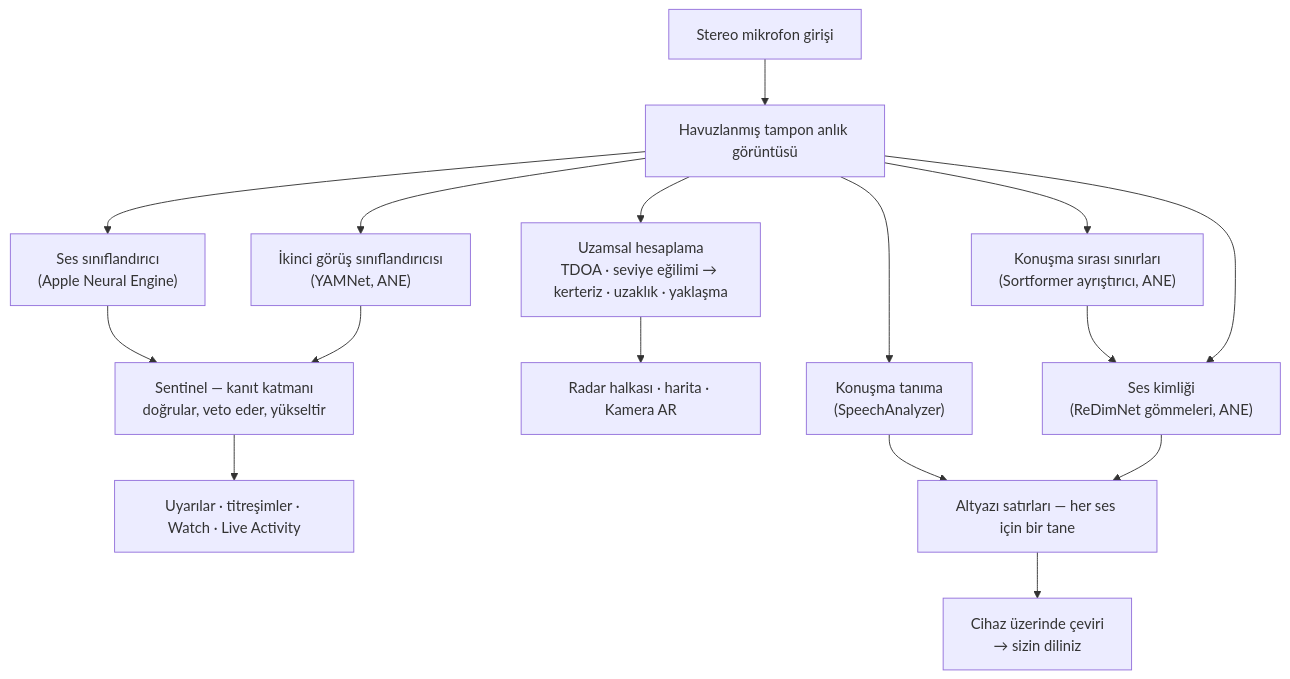
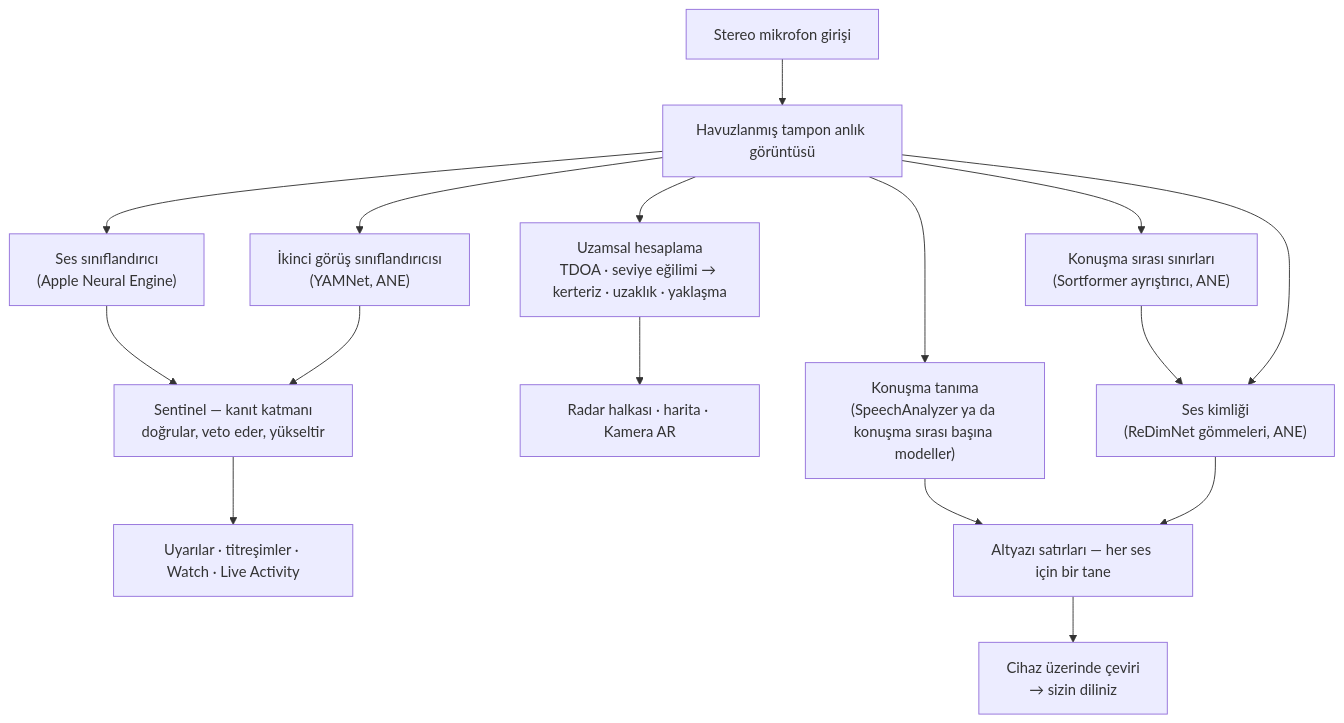
The second of 4 diagrams in README_tr.md (rpalm01-star/VigilantEarLegal), drawn with Mermaid before and after one commit. The commit also changed other lines of this file and 14 other files, not shown here.

````diff
--- a/README_tr.md
+++ b/README_tr.md
@@ -134,18 +145,18 @@
 ```mermaid
 graph TD
     A["Stereo mikrofon girişi"] --> B["Havuzlanmış tampon anlık görüntüsü"]
     B --> C["Ses sınıflandırıcı<br/>(Apple Neural Engine)"]
     B --> Y["İkinci görüş sınıflandırıcısı<br/>(YAMNet, ANE)"]
     C --> S["Sentinel — kanıt katmanı<br/>doğrular, veto eder, yükseltir"]
     Y --> S
     S --> H["Uyarılar · titreşimler · Watch · Live Activity"]
     B --> D["Uzamsal hesaplama<br/>TDOA · seviye eğilimi → kerteriz · uzaklık · yaklaşma"]
     D --> R["Radar halkası · harita · Kamera AR"]
-    B --> F["Konuşma tanıma<br/>(SpeechAnalyzer)"]
+    B --> F["Konuşma tanıma<br/>(SpeechAnalyzer ya da konuşma sırası başına modeller)"]
     B --> N["Konuşma sırası sınırları<br/>(Sortformer ayrıştırıcı, ANE)"]
     N --> E["Ses kimliği<br/>(ReDimNet gömmeleri, ANE)"]
     B --> E
     F --> G["Altyazı satırları — her ses için bir tane"]
     E --> G
     G --> T["Cihaz üzerinde çeviri<br/>→ sizin diliniz"]
 ```
````
